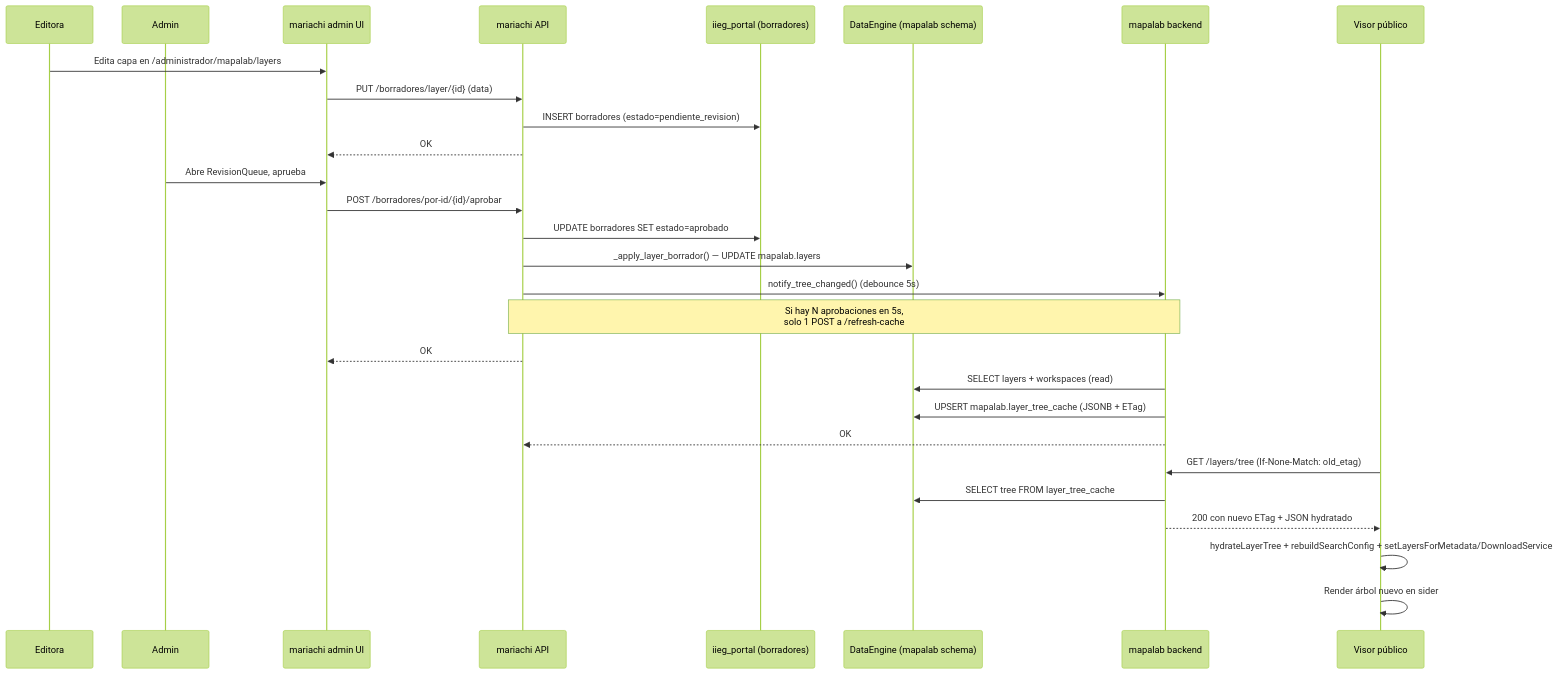
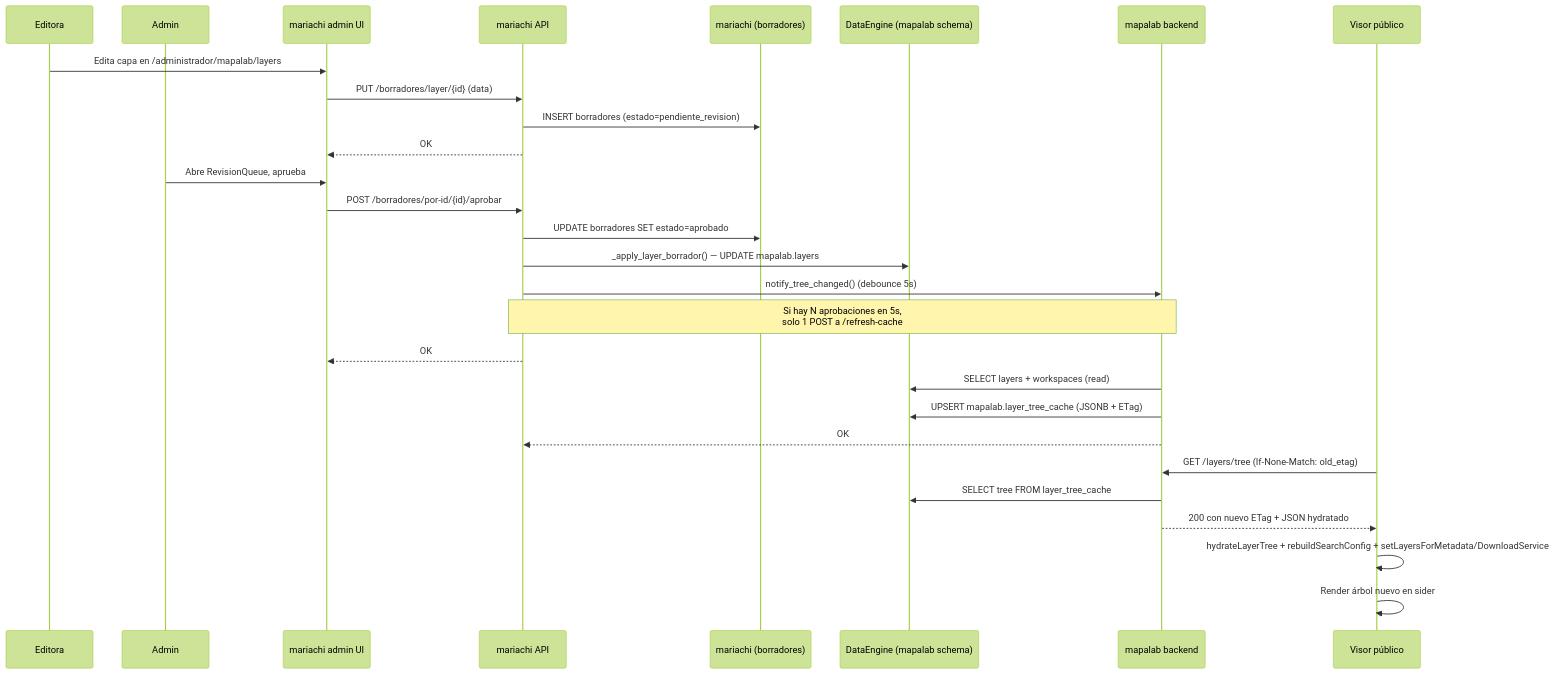
The diagram in docs/layers.md (iieg-oficial/mapalab), drawn with Mermaid (forest theme) before and after one commit.

Commit message:
docs: renombrar referencias de la BD iieg_portal a mariachi

````diff
--- a/docs/layers.md
+++ b/docs/layers.md
@@ -204,34 +204,34 @@
 ```mermaid
 sequenceDiagram
     participant Ed as Editora
     participant Adm as Admin
     participant MAd as mariachi admin UI
     participant MApi as mariachi API
-    participant CmsDB as iieg_portal (borradores)
+    participant CmsDB as mariachi (borradores)
     participant DE as DataEngine (mapalab schema)
     participant MLbe as mapalab backend
     participant Vis as Visor público
 
     Ed->>MAd: Edita capa en /administrador/mapalab/layers
     MAd->>MApi: PUT /borradores/layer/{id} (data)
     MApi->>CmsDB: INSERT borradores (estado=pendiente_revision)
     MApi-->>MAd: OK
 
     Adm->>MAd: Abre RevisionQueue, aprueba
     MAd->>MApi: POST /borradores/por-id/{id}/aprobar
     MApi->>CmsDB: UPDATE borradores SET estado=aprobado
     MApi->>DE: _apply_layer_borrador() — UPDATE mapalab.layers
     MApi->>MLbe: notify_tree_changed() (debounce 5s)
     Note over MApi,MLbe: Si hay N aprobaciones en 5s,<br/>solo 1 POST a /refresh-cache
     MApi-->>MAd: OK
 
     MLbe->>DE: SELECT layers + workspaces (read)
     MLbe->>DE: UPSERT mapalab.layer_tree_cache (JSONB + ETag)
     MLbe-->>MApi: OK
 
     Vis->>MLbe: GET /layers/tree (If-None-Match: old_etag)
     MLbe->>DE: SELECT tree FROM layer_tree_cache
     MLbe-->>Vis: 200 con nuevo ETag + JSON hydratado
     Vis->>Vis: hydrateLayerTree + rebuildSearchConfig + setLayersForMetadata/DownloadService
     Vis->>Vis: Render árbol nuevo en sider
 ```
````
